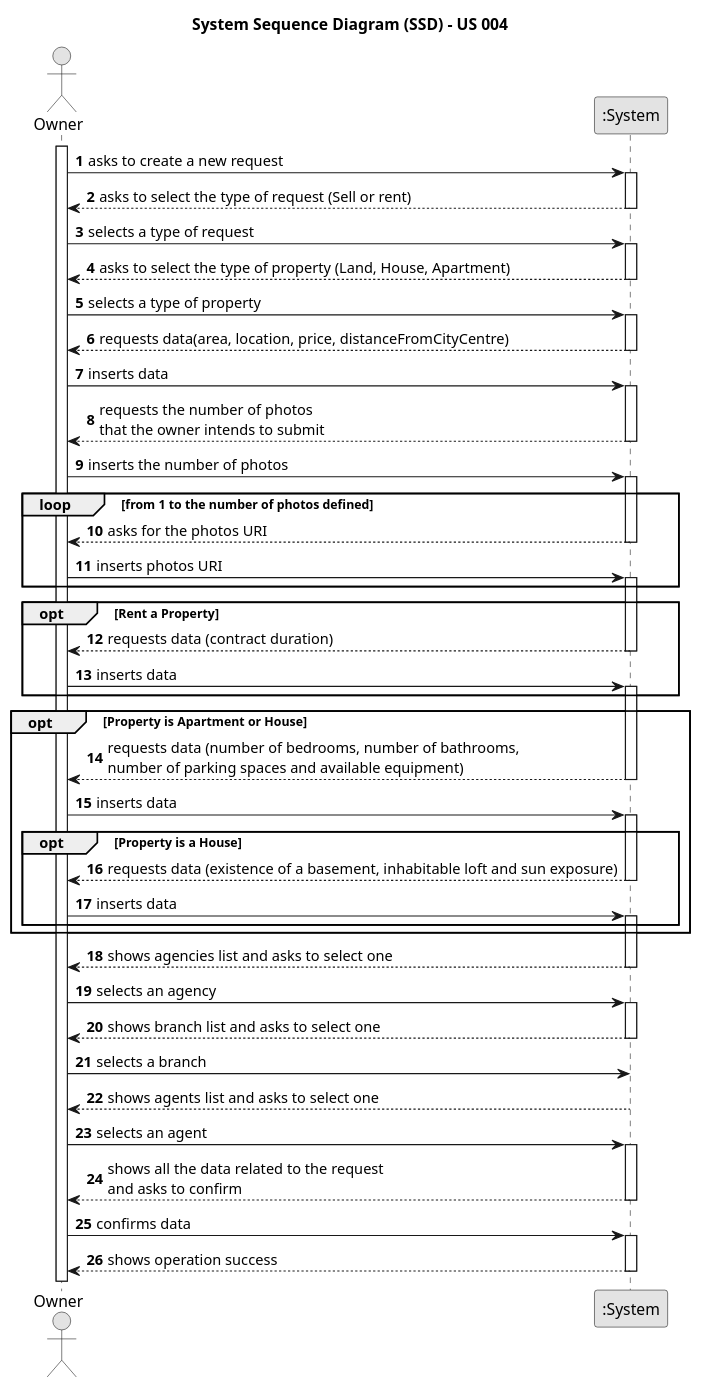
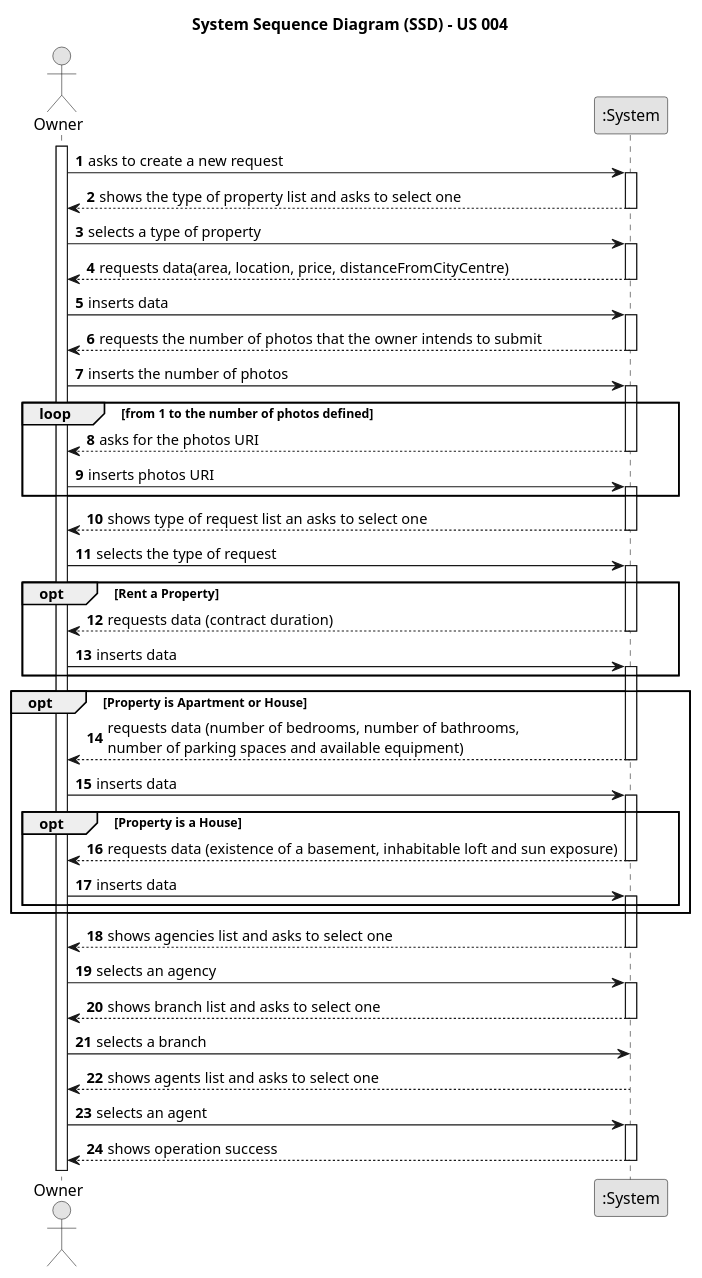
One commit to 1220812/LAPR2 changed the diagram in docs/sprintB/us004/01.requirements-engineering/puml/us004-system-sequence-diagram.puml. Above: the diagram before and after it, drawn with PlantUML. The commit also changed 12 other files, not shown here.

```diff
--- a/docs/sprintB/us004/01.requirements-engineering/puml/us004-system-sequence-diagram.puml
+++ b/docs/sprintB/us004/01.requirements-engineering/puml/us004-system-sequence-diagram.puml
@@ -1,133 +1,125 @@
 @startuml
 skinparam monochrome true
 skinparam packageStyle rectangle
 skinparam shadowing false
 
 title System Sequence Diagram (SSD) - US 004
 
 autonumber
 
 actor "Owner" as Owner
 participant ":System" as System
 
 activate Owner
 
     Owner -> System : asks to create a new request
 
     activate System
 
-    System --> Owner : asks to select the type of request (Sell or rent)
-
-    deactivate System
-
-    Owner -> System : selects a type of request
-
-    activate System
-
-    System --> Owner : asks to select the type of property (Land, House, Apartment)
+    System --> Owner : shows the type of property list and asks to select one
 
     deactivate System
 
     Owner -> System : selects a type of property
 
     activate System
 
     System --> Owner : requests data(area, location, price, distanceFromCityCentre)
 
     deactivate System
 
     Owner -> System : inserts data
 
     activate System
 
-    System --> Owner : requests the number of photos \nthat the owner intends to submit
+    System --> Owner : requests the number of photos that the owner intends to submit
 
     deactivate System
 
     Owner -> System : inserts the number of photos
 
     activate System
 
     loop from 1 to the number of photos defined
 
     System --> Owner : asks for the photos URI
 
     deactivate System
 
     Owner -> System : inserts photos URI
 
     activate System
 
     end
+
+    System --> Owner : shows type of request list an asks to select one
+
+    deactivate System
+
+    Owner -> System : selects the type of request
+
+    activate System
 
     opt Rent a Property
 
     System --> Owner : requests data (contract duration)
 
     deactivate System
 
     Owner -> System : inserts data
 
     activate System
 
     end
 
     opt Property is Apartment or House
 
     System --> Owner : requests data (number of bedrooms, number of bathrooms, \nnumber of parking spaces and available equipment)
 
     deactivate System
 
     Owner -> System : inserts data
 
     activate System
 
     opt Property is a House
 
     System --> Owner : requests data (existence of a basement, inhabitable loft and sun exposure)
 
     deactivate System
 
     Owner -> System : inserts data
 
     activate System
 
     end
 
     end
 
     System --> Owner : shows agencies list and asks to select one
 
     deactivate System
 
     Owner -> System : selects an agency
 
     activate System
 
     System --> Owner : shows branch list and asks to select one
 
     deactivate System
 
     Owner -> System : selects a branch
 
     System --> Owner : shows agents list and asks to select one
 
     deactivate System
 
     Owner -> System : selects an agent
 
     activate System
 
-    System --> Owner : shows all the data related to the request \nand asks to confirm
-
-    deactivate System
-
-    Owner -> System : confirms data
-
-    activate System
-
     System --> Owner : shows operation success
 
     deactivate System
 
 @enduml
```
